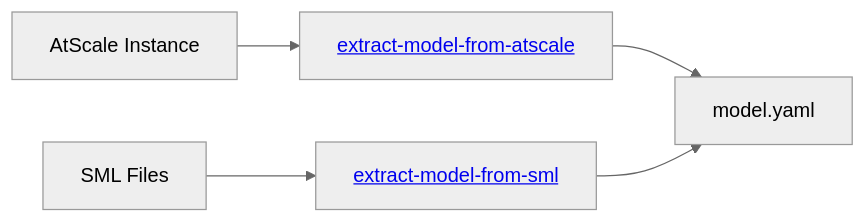
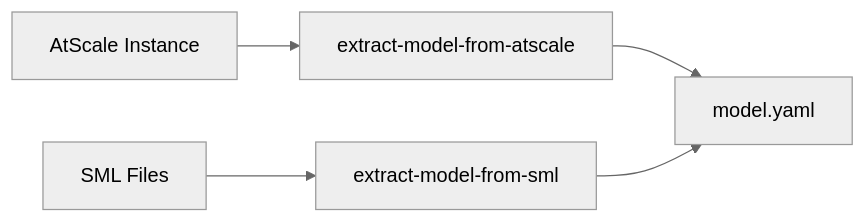
Before and after one commit to AtScaleInc/ps-utils: the first of 7 diagrams in docs/ACTIONS.md, drawn with Mermaid (neutral theme). The commit also changed other lines of this file and 1 other file, not shown here.

Commit message:
fix: remove HTML links from mermaid diagrams in README and ACTIONS documentation

````diff
--- a/docs/ACTIONS.md
+++ b/docs/ACTIONS.md
@@ -9,6 +9,5 @@
 ```mermaid
-%%{init: {"flowchart": {"htmlLabels": true}} }%%
 flowchart LR
-    ATS["AtScale Instance"] --> A["<a href='#extract-model-from-atscale'>extract-model-from-atscale</a>"] --> MODEL["model.yaml"]
-    SML["SML Files"] --> B["<a href='#extract-model-from-sml'>extract-model-from-sml</a>"] --> MODEL
+    ATS["AtScale Instance"] --> A["extract-model-from-atscale"] --> MODEL["model.yaml"]
+    SML["SML Files"] --> B["extract-model-from-sml"] --> MODEL
 ```
````
